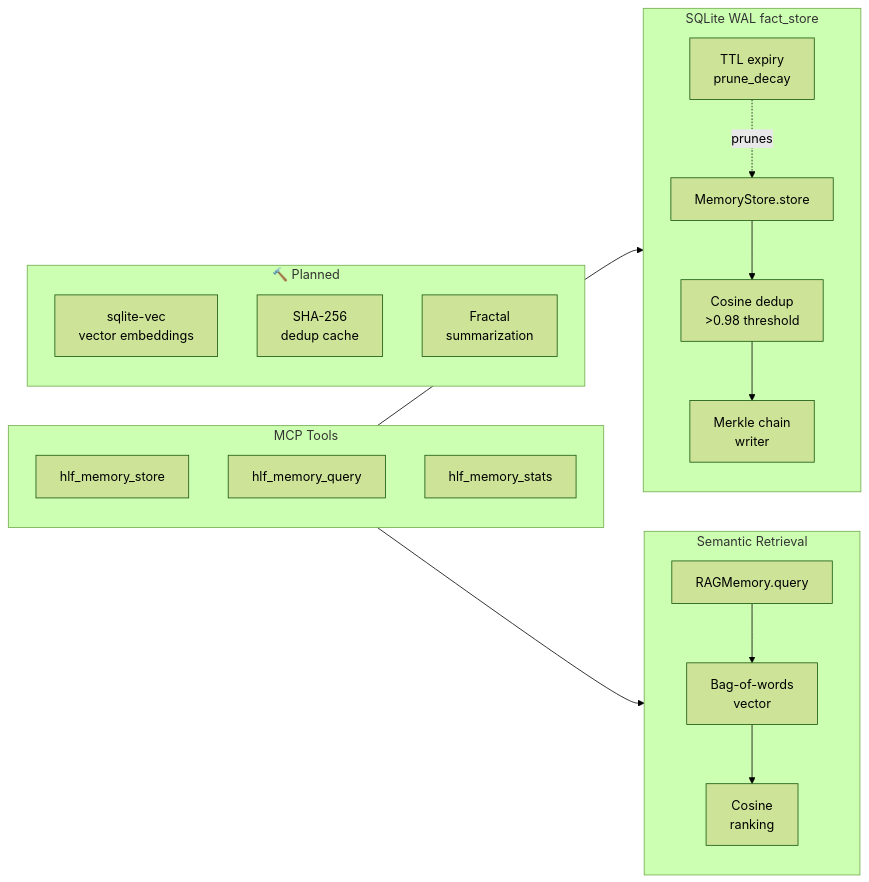
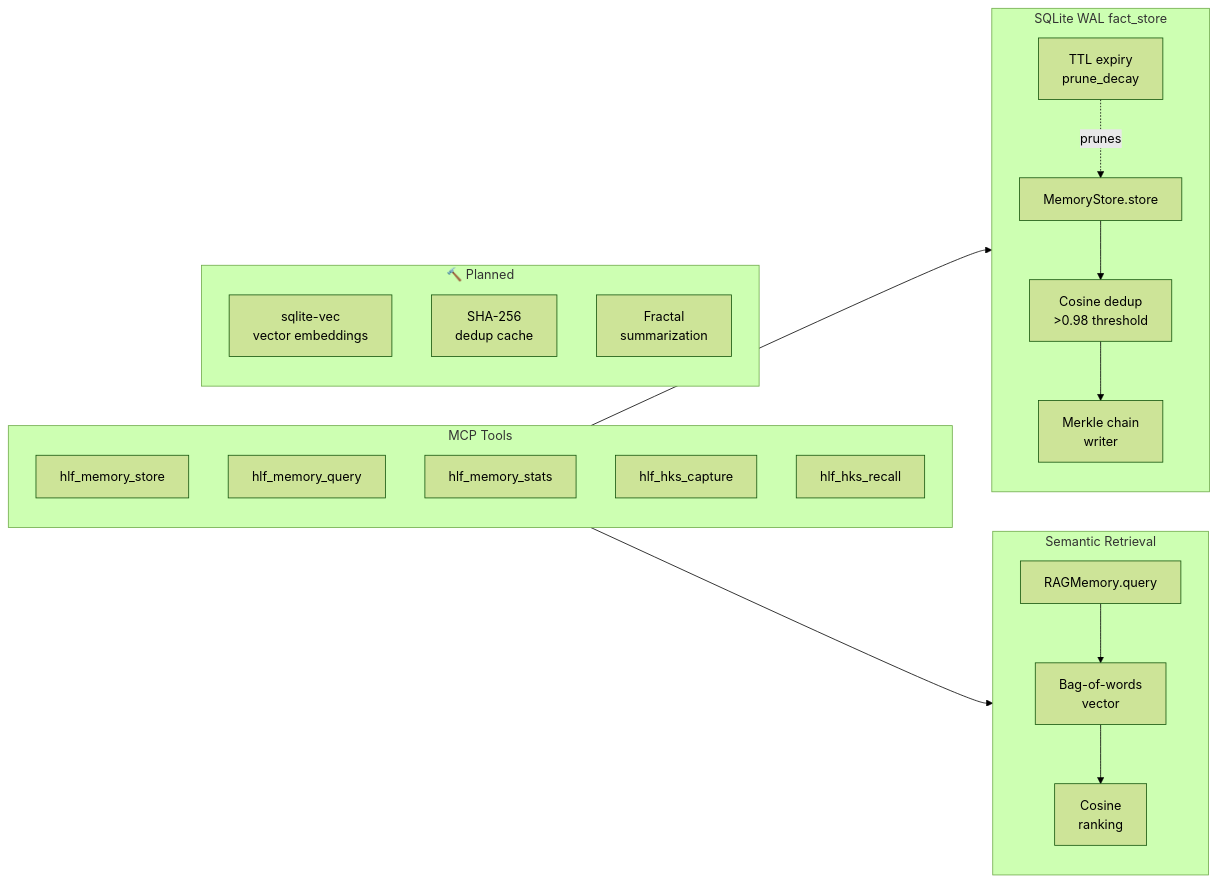
The ninth of 13 diagrams in README.md (Grumpified-OGGVCT/HLF-Hieroglyphic-Logic-Framework-MCP), drawn with Mermaid (forest theme) before and after one commit. The commit also changed other lines of this file and 7 other files, not shown here.

````diff
--- a/README.md
+++ b/README.md
@@ -901,33 +913,35 @@
 ```mermaid
 graph LR
     subgraph Store["SQLite WAL  fact_store"]
         W[MemoryStore.store]
         D[Cosine dedup\n>0.98 threshold]
         M[Merkle chain\nwriter]
         T[TTL expiry\nprune_decay]
         W --> D --> M
         T -.prunes.-> W
     end
 
     subgraph Query["Semantic Retrieval"]
         Q[RAGMemory.query]
         BV[Bag-of-words\nvector]
         CS[Cosine\nranking]
         Q --> BV --> CS
     end
 
     subgraph Integration["MCP Tools"]
         TS[hlf_memory_store]
         TQ[hlf_memory_query]
         TT[hlf_memory_stats]
+        HC[hlf_hks_capture]
+        HR[hlf_hks_recall]
     end
 
     Integration --> Store
     Integration --> Query
 
     subgraph Future["🔨 Planned"]
         EM[sqlite-vec\nvector embeddings]
         SD[SHA-256\ndedup cache]
         FS[Fractal\nsummarization]
     end
 ```
````
